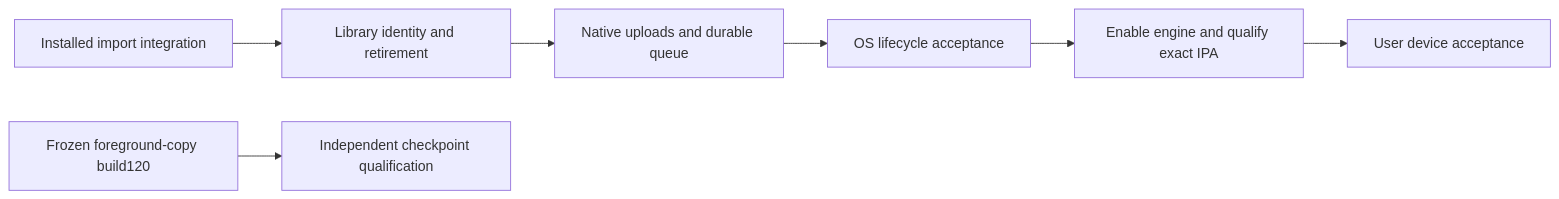
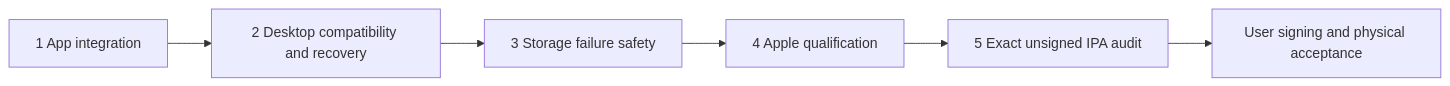
Before and after one commit to Lokal-music/lokal-mobile: the diagram in docs/IOS_FIRST_RELEASE.md, drawn with Mermaid. The commit also changed other lines of this file and 25 other files, not shown here.

Commit message:
Connect reviewed iPhone copy plans, queue recovery and storage-failure drainage

````diff
--- a/docs/IOS_FIRST_RELEASE.md
+++ b/docs/IOS_FIRST_RELEASE.md
@@ -51,9 +67,8 @@
 ```mermaid
 flowchart LR
-  P[Installed import integration] --> I[Library identity and retirement]
-  I --> U[Native uploads and durable queue]
-  U --> O[OS lifecycle acceptance]
-  O --> Q[Enable engine and qualify exact IPA]
-  Q --> D[User device acceptance]
-  F[Frozen foreground-copy build120] --> H[Independent checkpoint qualification]
+  A[1 App integration] --> B[2 Desktop compatibility and recovery]
+  B --> C[3 Storage failure safety]
+  C --> D[4 Apple qualification]
+  D --> E[5 Exact unsigned IPA audit]
+  E --> F[User signing and physical acceptance]
 ```
````
